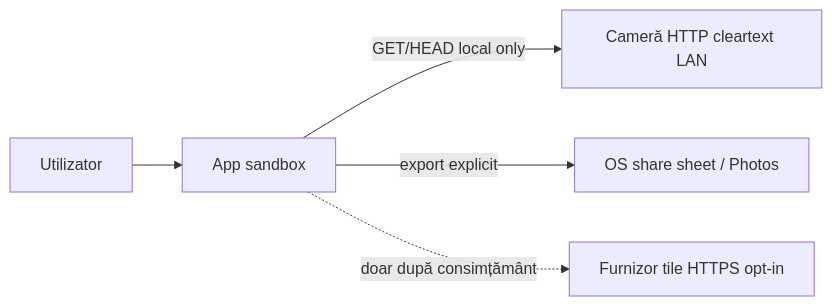
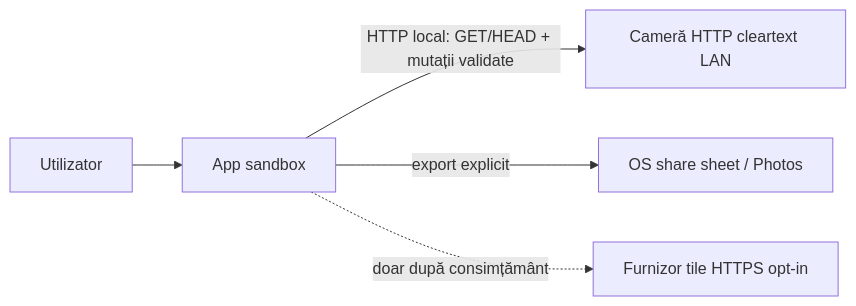
One commit to aristache-labs/MiVue-Pro changed the diagram in docs/mobile/threat-model.md. Above: the diagram before and after it, drawn with Mermaid. The commit also changed other lines of this file and 37 other files, not shown here.

````diff
--- a/docs/mobile/threat-model.md
+++ b/docs/mobile/threat-model.md
@@ -79,13 +79,13 @@
 ```mermaid
 flowchart LR
   user[Utilizator]
   app[App sandbox]
   cam[Cameră HTTP cleartext LAN]
   os[OS share sheet / Photos]
   tile[Furnizor tile HTTPS opt-in]
 
   user --> app
-  app -->|"GET/HEAD local only"| cam
+  app -->|"HTTP local: GET/HEAD + mutații validate"| cam
   app -->|"export explicit"| os
   app -.->|"doar după consimțământ"| tile
 ```
````
